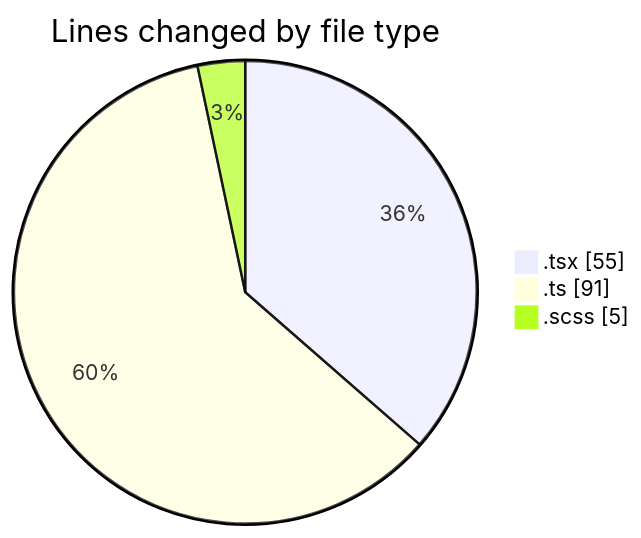
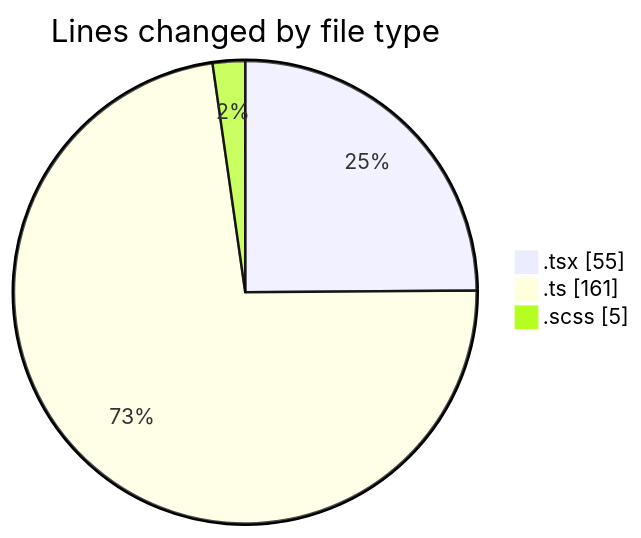
The first of 2 diagrams in 2025-10-07/cda/README.md (momahboobian/code-tracking), drawn with Mermaid before and after one commit. The commit also changed other lines of this file and 1 other file, not shown here.

````diff
--- a/2025-10-07/cda/README.md
+++ b/2025-10-07/cda/README.md
@@ -24,7 +25,7 @@
 ```mermaid
 pie showData
 title Lines changed by file type
 ".tsx" : 55
-".ts" : 91
+".ts" : 161
 ".scss" : 5
 ```
````
